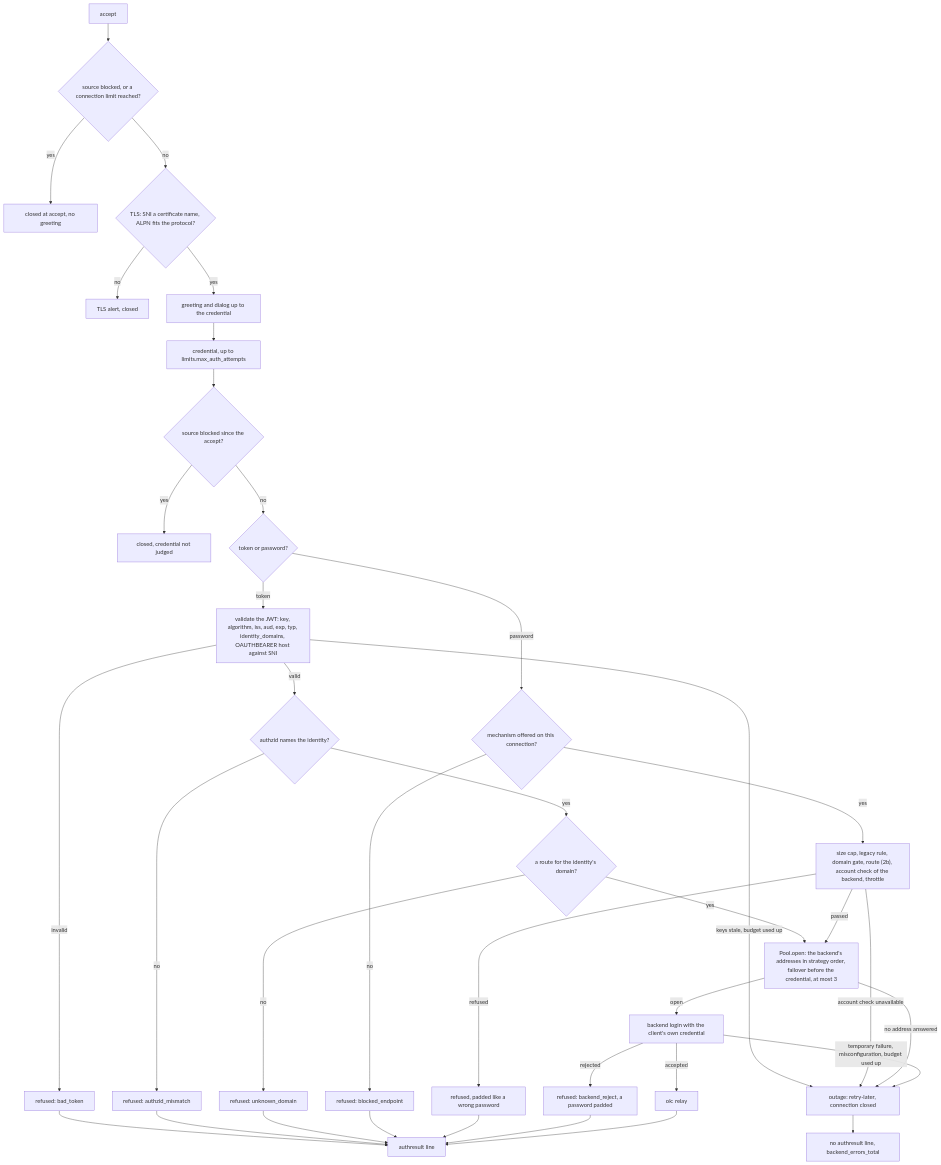
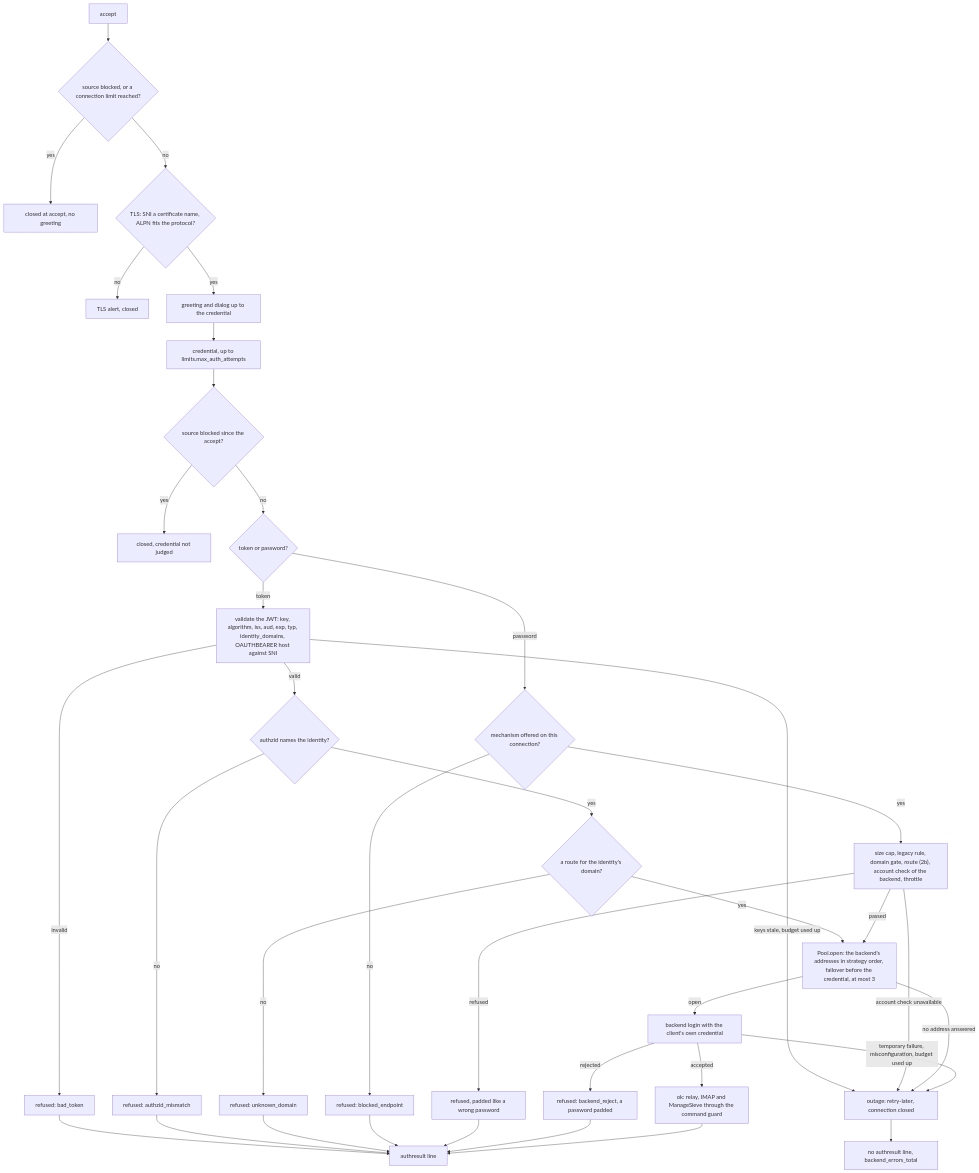
One commit to NK-IT-CLOUD/mail-auth-proxy changed the diagram in docs/architecture.md. Above: the diagram before and after it, drawn with Mermaid. The commit also changed other lines of this file and 7 other files, not shown here.

First line of the commit message:
docs: audit against the command guard and domain canonicalization

````diff
--- a/docs/architecture.md
+++ b/docs/architecture.md
@@ -42,34 +43,34 @@
 ```mermaid
 flowchart TD
     A["accept"] --> L{"source blocked, or a connection limit reached?"}
     L -- yes --> X1["closed at accept, no greeting"]
     L -- no --> T{"TLS: SNI a certificate name, ALPN fits the protocol?"}
     T -- no --> X2["TLS alert, closed"]
     T -- yes --> G["greeting and dialog up to the credential"]
     G --> CR["credential, up to limits.max_auth_attempts"]
     CR --> SB{"source blocked since the accept?"}
     SB -- yes --> X3["closed, credential not judged"]
     SB -- no --> K{"token or password?"}
     K -- token --> V["validate the JWT: key, algorithm, iss, aud, exp, typ, identity_domains, OAUTHBEARER host against SNI"]
     V -- invalid --> R1["refused: bad_token"]
     V -- "keys stale, budget used up" --> OUT
     V -- valid --> AZ{"authzid names the identity?"}
     AZ -- no --> R2["refused: authzid_mismatch"]
     AZ -- yes --> RO{"a route for the identity's domain?"}
     RO -- no --> R3["refused: unknown_domain"]
     RO -- yes --> POOL
     K -- password --> M{"mechanism offered on this connection?"}
     M -- no --> R4["refused: blocked_endpoint"]
     M -- yes --> GATE["size cap, legacy rule, domain gate, route (2b), account check of the backend, throttle"]
     GATE -- refused --> R5["refused, padded like a wrong password"]
     GATE -- "account check unavailable" --> OUT
     GATE -- passed --> POOL
     POOL["Pool.open: the backend's addresses in strategy order, failover before the credential, at most 3"]
     POOL -- "no address answered" --> OUT
     POOL -- open --> BA["backend login with the client's own credential"]
-    BA -- accepted --> OK["ok: relay"]
+    BA -- accepted --> OK["ok: relay, IMAP and ManageSieve through the command guard"]
     BA -- rejected --> R6["refused: backend_reject, a password padded"]
     BA -- "temporary failure, misconfiguration, budget used up" --> OUT["outage: retry-later, connection closed"]
     R1 & R2 & R3 & R4 & R5 & R6 & OK --> LOG["authresult line"]
     OUT --> NOLOG["no authresult line, backend_errors_total"]
 ```
````
